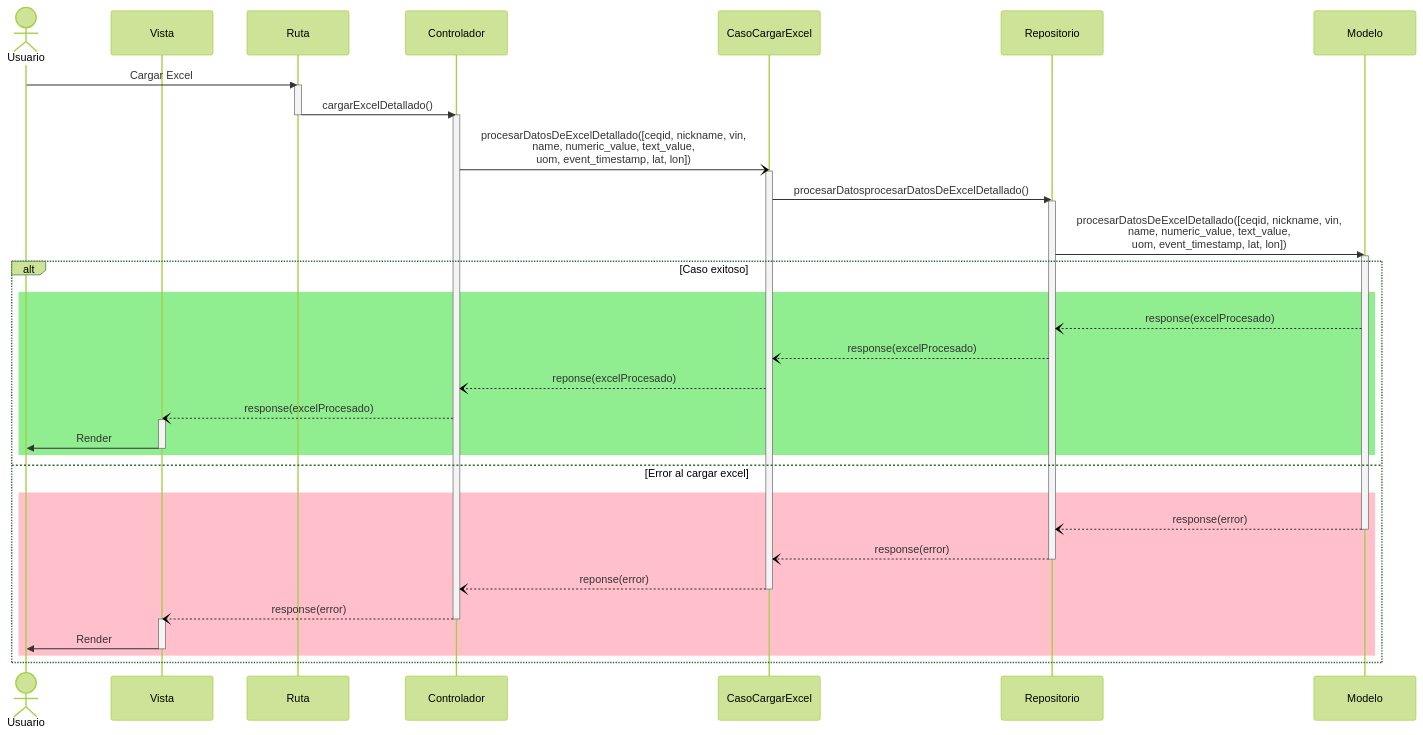
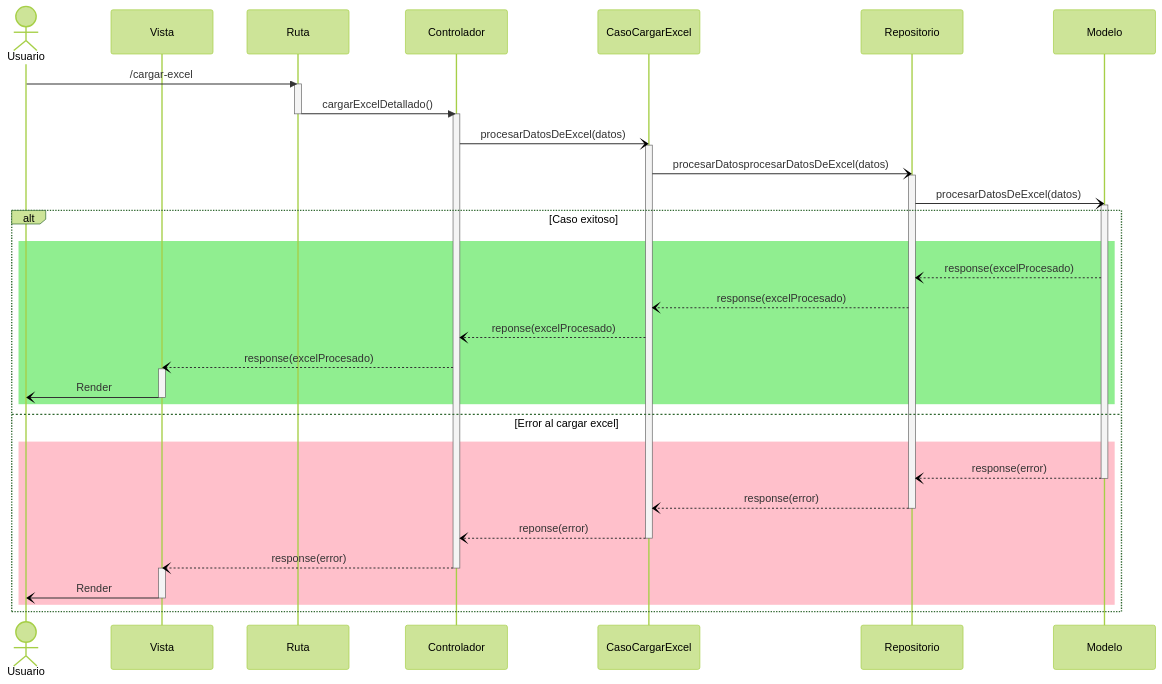
Before and after one commit to CodeAnd-Co/Documentacion: the diagram in documentation/docs/proyectos/tractores/documentacion/requisitos/RF44.md, drawn with Mermaid (forest theme).

Commit message:
Corregir flechas asincronas en diagrama

````diff
--- a/documentation/docs/proyectos/tractores/documentacion/requisitos/RF44.md
+++ b/documentation/docs/proyectos/tractores/documentacion/requisitos/RF44.md
@@ -23,50 +23,50 @@
 ```mermaid
 sequenceDiagram
     actor Usuario
     participant view as Vista
     participant route as Ruta
     participant controller as Controlador
     participant usecase as CasoCargarExcel
     participant repository as Repositorio
     participant model as Modelo
 
-    Usuario->>route: Cargar Excel
+    Usuario->>route: /cargar-excel
     activate route
     route->>controller: cargarExcelDetallado()
     deactivate route
     activate controller
-    controller-)usecase: procesarDatosDeExcelDetallado([ceqid, nickname, vin,<br> name, numeric_value, text_value,<br> uom, event_timestamp, lat, lon])
+    controller-)usecase: procesarDatosDeExcel(datos)
     activate usecase
-    usecase->>repository: procesarDatosprocesarDatosDeExcelDetallado()
+    usecase-)repository: procesarDatosprocesarDatosDeExcel(datos)
     activate repository
-    repository->>model: procesarDatosDeExcelDetallado([ceqid, nickname, vin,<br> name, numeric_value, text_value,<br> uom, event_timestamp, lat, lon])
+    repository-)model: procesarDatosDeExcel(datos)
     activate model 
     alt Caso exitoso
-    rect Lightgreen
-    model--)repository: response(excelProcesado)
-    repository--)usecase: response(excelProcesado)
-    usecase--)controller: reponse(excelProcesado)
-    controller--)view: response(excelProcesado)
-    activate view
-    view->>Usuario: Render
-    deactivate view
-    end
+      rect Lightgreen
+      model--)repository: response(excelProcesado)
+      repository--)usecase: response(excelProcesado)
+      usecase--)controller: reponse(excelProcesado)
+      controller--)view: response(excelProcesado)
+      activate view
+      view-)Usuario: Render
+      deactivate view
+      end
     else Error al cargar excel
-    rect Pink
-    model--)repository: response(error)
-    deactivate model
-    repository--)usecase: response(error)
-    deactivate repository
-    usecase--)controller: reponse(error)
-    deactivate usecase
-    controller--)view: response(error)
-    deactivate controller
-    activate view
-    view->>Usuario: Render
-    deactivate view
-    end
+      rect Pink
+      model--)repository: response(error)
+      deactivate model
+      repository--)usecase: response(error)
+      deactivate repository
+      usecase--)controller: reponse(error)
+      deactivate usecase
+      controller--)view: response(error)
+      deactivate controller
+      activate view
+      view-)Usuario: Render
+      deactivate view
+      end
     end
     
 
 
 ```
````
